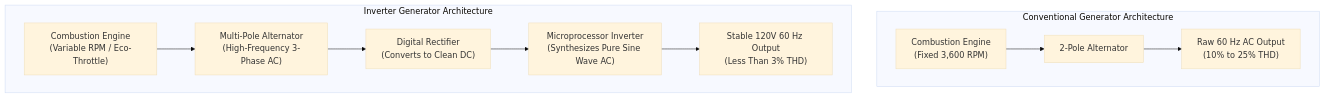
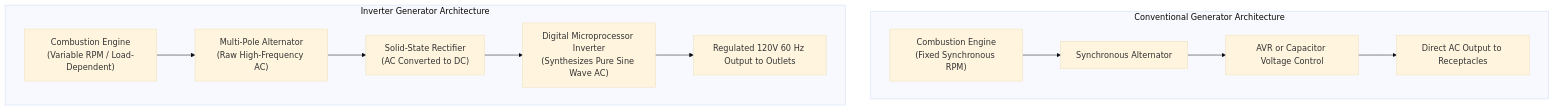
The fifth of 8 diagrams in content-drafts/how-does-a-generator-work.md (calcmypowerharis-app/kr), drawn with Mermaid (base theme) before and after one commit. The commit also changed other lines of this file, not shown here.

Commit message:
docs(content): refine generator draft with synchronous speed formula and qualified excitation mechanics

````diff
--- a/content-drafts/how-does-a-generator-work.md
+++ b/content-drafts/how-does-a-generator-work.md
@@ -151,14 +195,15 @@
 ```mermaid
 flowchart TD
     subgraph Conventional["Conventional Generator Architecture"]
-        C1["Combustion Engine<br>(Fixed 3,600 RPM)"] --> C2["2-Pole Alternator"]
-        C2 --> C3["Raw 60 Hz AC Output<br>(10% to 25% THD)"]
+        C1["Combustion Engine<br>(Fixed Synchronous RPM)"] --> C2["Synchronous Alternator"]
+        C2 --> C3["AVR or Capacitor Voltage Control"]
+        C3 --> C4["Direct AC Output to Receptacles"]
     end
 
     subgraph Inverter["Inverter Generator Architecture"]
-        I1["Combustion Engine<br>(Variable RPM / Eco-Throttle)"] --> I2["Multi-Pole Alternator<br>(High-Frequency 3-Phase AC)"]
-        I2 --> I3["Digital Rectifier<br>(Converts to Clean DC)"]
-        I3 --> I4["Microprocessor Inverter<br>(Synthesizes Pure Sine Wave AC)"]
-        I4 --> I5["Stable 120V 60 Hz Output<br>(Less Than 3% THD)"]
+        I1["Combustion Engine<br>(Variable RPM / Load-Dependent)"] --> I2["Multi-Pole Alternator<br>(Raw High-Frequency AC)"]
+        I2 --> I3["Solid-State Rectifier<br>(AC Converted to DC)"]
+        I3 --> I4["Digital Microprocessor Inverter<br>(Synthesizes Pure Sine Wave AC)"]
+        I4 --> I5["Regulated 120V 60 Hz Output to Outlets"]
     end
 ```
````
